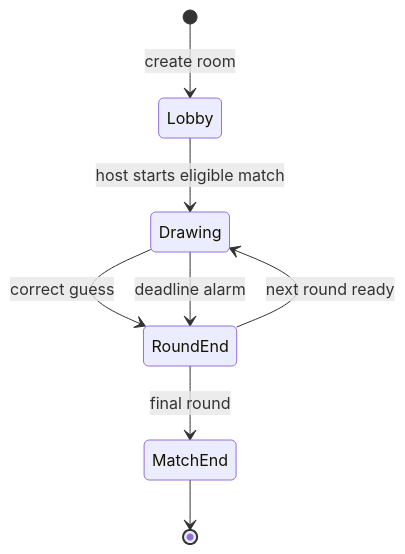
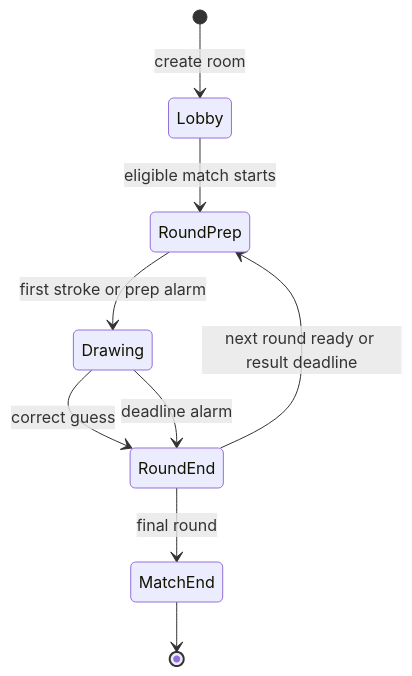
One commit to yaboijbigs/mcpencil changed the second of 4 diagrams in docs/ARCHITECTURE.md. Above: the diagram before and after it, drawn with Mermaid. The commit also changed other lines of this file and 19 other files, not shown here.

````diff
--- a/docs/ARCHITECTURE.md
+++ b/docs/ARCHITECTURE.md
@@ -46,10 +46,11 @@
 ```mermaid
 stateDiagram-v2
     [*] --> Lobby: create room
-    Lobby --> Drawing: host starts eligible match
+    Lobby --> RoundPrep: eligible match starts
+    RoundPrep --> Drawing: first stroke or prep alarm
     Drawing --> RoundEnd: correct guess
     Drawing --> RoundEnd: deadline alarm
-    RoundEnd --> Drawing: next round ready
+    RoundEnd --> RoundPrep: next round ready or result deadline
     RoundEnd --> MatchEnd: final round
     MatchEnd --> [*]
 ```
````
